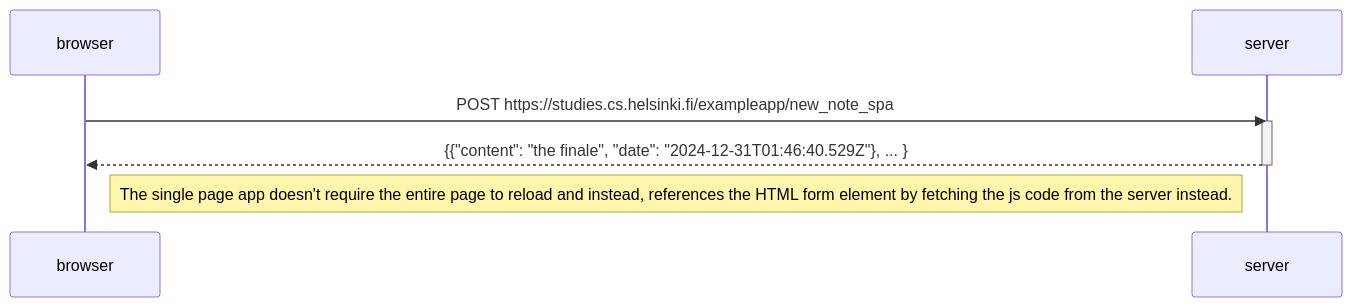
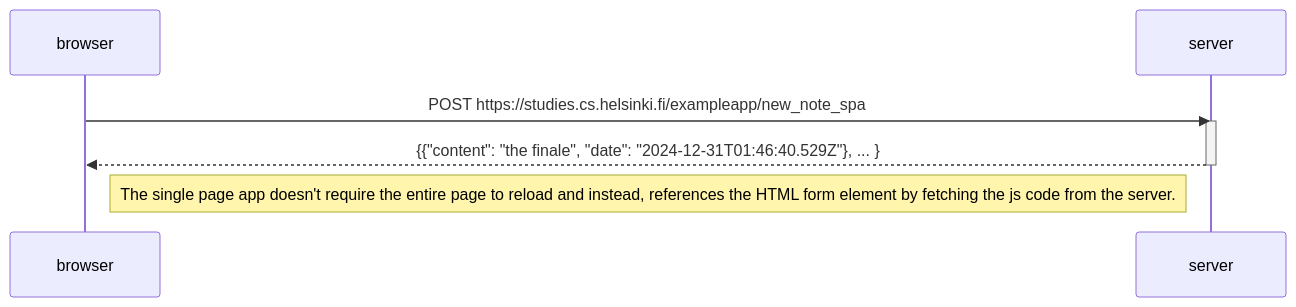
Before and after one commit to Yodi-Gami/Part_0_exercise_0.4: the diagram in Part_0_newNoteInSpaDiagram_0.6/new_note_in_spa_diagram.md, drawn with Mermaid.

````diff
--- a/Part_0_newNoteInSpaDiagram_0.6/new_note_in_spa_diagram.md
+++ b/Part_0_newNoteInSpaDiagram_0.6/new_note_in_spa_diagram.md
@@ -3,12 +3,12 @@
 ```mermaid
 sequenceDiagram
     participant browser
     participant server
 
     browser->>server: POST https://studies.cs.helsinki.fi/exampleapp/new_note_spa
     activate server
     server-->>browser: {{"content": "the finale", "date": "2024-12-31T01:46:40.529Z"}, ... }
     deactivate server
 
-    Note right of browser: The single page app doesn't require the entire page to reload and instead, references the HTML form element by fetching the js code from the server instead.
+    Note right of browser: The single page app doesn't require the entire page to reload and instead, references the HTML form element by fetching the js code from the server.
 ```
````
